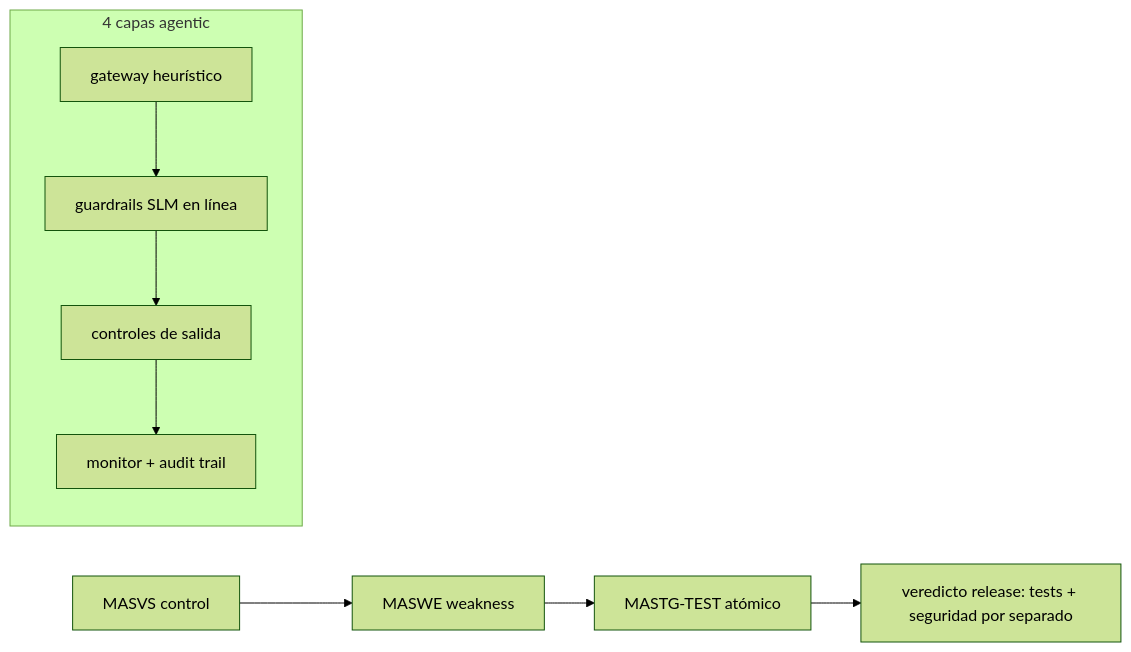
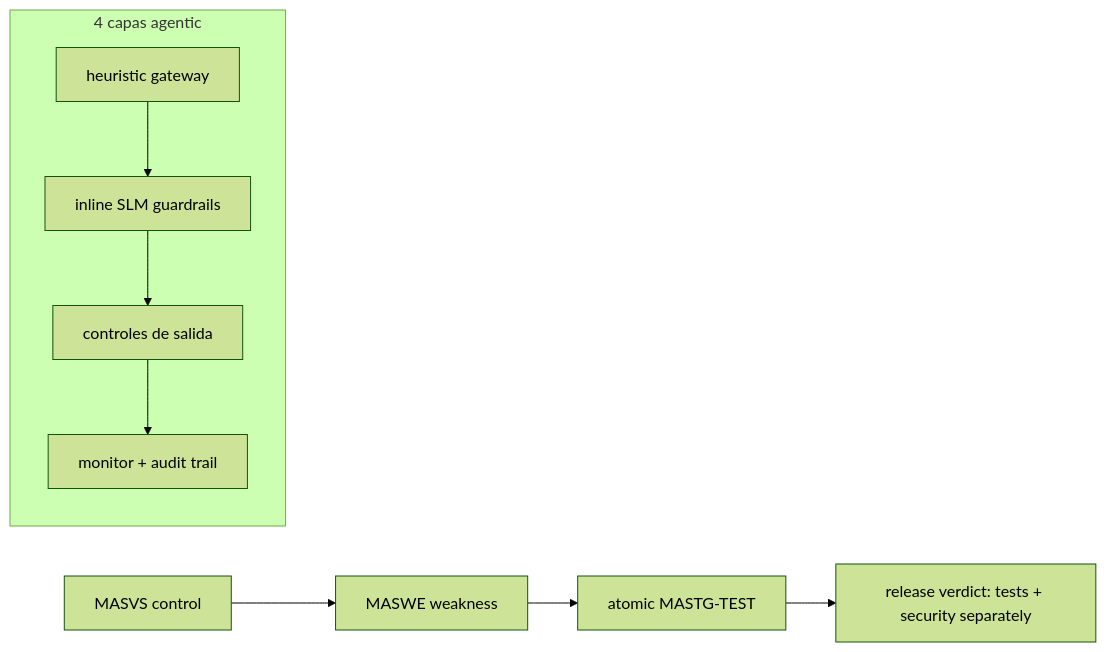
One commit to chimeranext/better-toolkits changed the diagram in toolkits/assurance-toolkit/references/security/protocol.md. Above: the diagram before and after it, drawn with Mermaid (forest theme). The commit also changed other lines of this file and 26 other files, not shown here.

````diff
--- a/toolkits/assurance-toolkit/references/security/protocol.md
+++ b/toolkits/assurance-toolkit/references/security/protocol.md
@@ -60,11 +60,11 @@
 ```mermaid
 flowchart LR
     C[MASVS control] --> W[MASWE weakness]
-    W --> T[MASTG-TEST atómico]
-    T --> V[veredicto release: tests + seguridad por separado]
+    W --> T[atomic MASTG-TEST]
+    T --> V[release verdict: tests + security separately]
     subgraph defense [4 capas agentic]
-    G[gateway heurístico] --> S[guardrails SLM en línea]
+    G[heuristic gateway] --> S[inline SLM guardrails]
     S --> O[controles de salida]
     O --> M[monitor + audit trail]
     end
 ```
````
